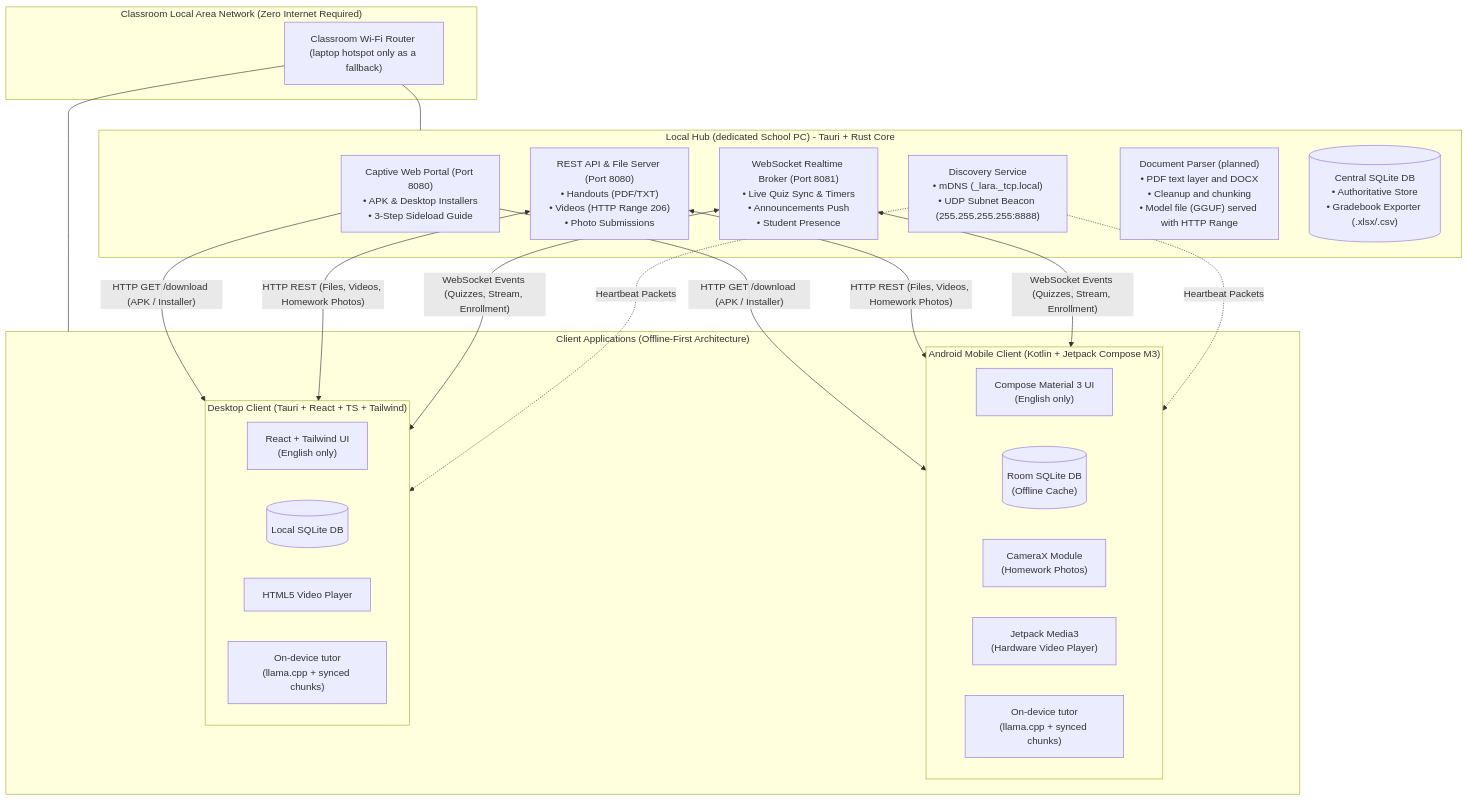
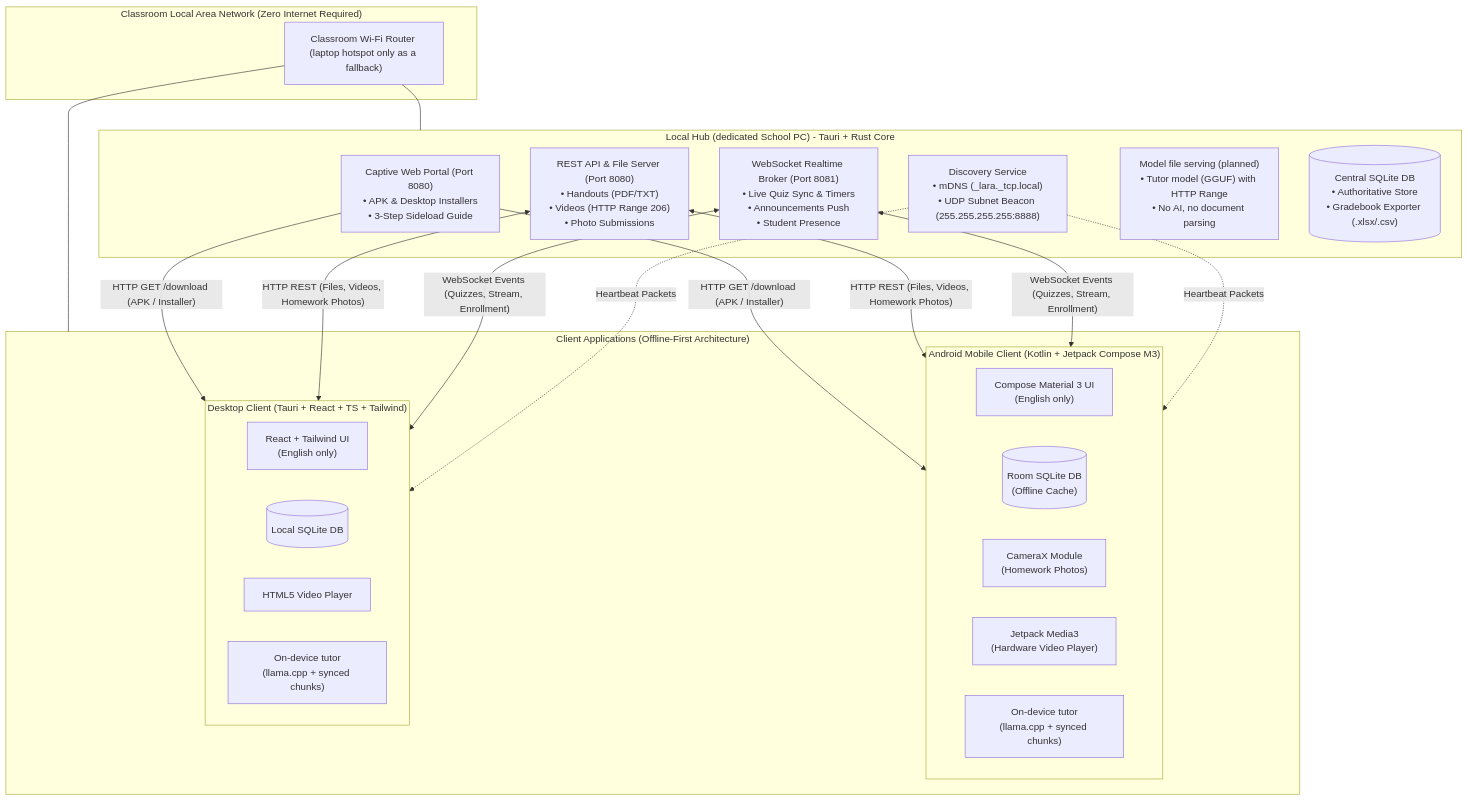
The first of 5 diagrams in docs/PRD.md (BootlegYouki/L.A.R.A), drawn with Mermaid before and after one commit. The commit also changed other lines of this file and 22 other files, not shown here.

````diff
--- a/docs/PRD.md
+++ b/docs/PRD.md
@@ -52,40 +52,40 @@
 ```mermaid
 flowchart TD
  subgraph RouterArea["Classroom Local Area Network (Zero Internet Required)"]
  Router["Classroom Wi-Fi Router (laptop hotspot only as a fallback)"]
  end
 
  subgraph HubServer["Local Hub (dedicated School PC) - Tauri + Rust Core"]
  Captive["Captive Web Portal (Port 8080)<br/>• APK & Desktop Installers<br/>• 3-Step Sideload Guide"]
  RestEngine["REST API & File Server (Port 8080)<br/>• Handouts (PDF/TXT)<br/>• Videos (HTTP Range 206)<br/>• Photo Submissions"]
  WsBroker["WebSocket Realtime Broker (Port 8081)<br/>• Live Quiz Sync & Timers<br/>• Announcements Push<br/>• Student Presence"]
  Discovery["Discovery Service<br/>• mDNS (_lara._tcp.local)<br/>• UDP Subnet Beacon (255.255.255.255:8888)"]
- DocParser["Document Parser (planned)<br/>• PDF text layer and DOCX<br/>• Cleanup and chunking<br/>• Model file (GGUF) served with HTTP Range"]
+ ModelFile["Model file serving (planned)<br/>• Tutor model (GGUF) with HTTP Range<br/>• No AI, no document parsing"]
  CentralDB[("Central SQLite DB<br/>• Authoritative Store<br/>• Gradebook Exporter (.xlsx/.csv)")]
  end
 
  subgraph ClientApps["Client Applications (Offline-First Architecture)"]
  subgraph AndroidClient["Android Mobile Client (Kotlin + Jetpack Compose M3)"]
  DroidUI["Compose Material 3 UI<br/>(English only)"]
  DroidRoom[("Room SQLite DB<br/>(Offline Cache)")]
  DroidCam["CameraX Module<br/>(Homework Photos)"]
  DroidMedia["Jetpack Media3<br/>(Hardware Video Player)"]
  DroidAI["On-device tutor<br/>(llama.cpp + synced chunks)"]
  end
 
  subgraph DesktopClient["Desktop Client (Tauri + React + TS + Tailwind)"]
  DeskUI["React + Tailwind UI<br/>(English only)"]
  DeskSQLite[("Local SQLite DB")]
  DeskVideo["HTML5 Video Player"]
  DeskAI["On-device tutor<br/>(llama.cpp + synced chunks)"]
  end
  end
 
  Router --- HubServer
  Router --- ClientApps
 
  Captive -->|"HTTP GET /download (APK / Installer)"| AndroidClient & DesktopClient
  RestEngine <-->|"HTTP REST (Files, Videos, Homework Photos)"| AndroidClient & DesktopClient
  WsBroker <-->|"WebSocket Events (Quizzes, Stream, Enrollment)"| AndroidClient & DesktopClient
  Discovery -.->|"Heartbeat Packets"| AndroidClient & DesktopClient
 ```
````
